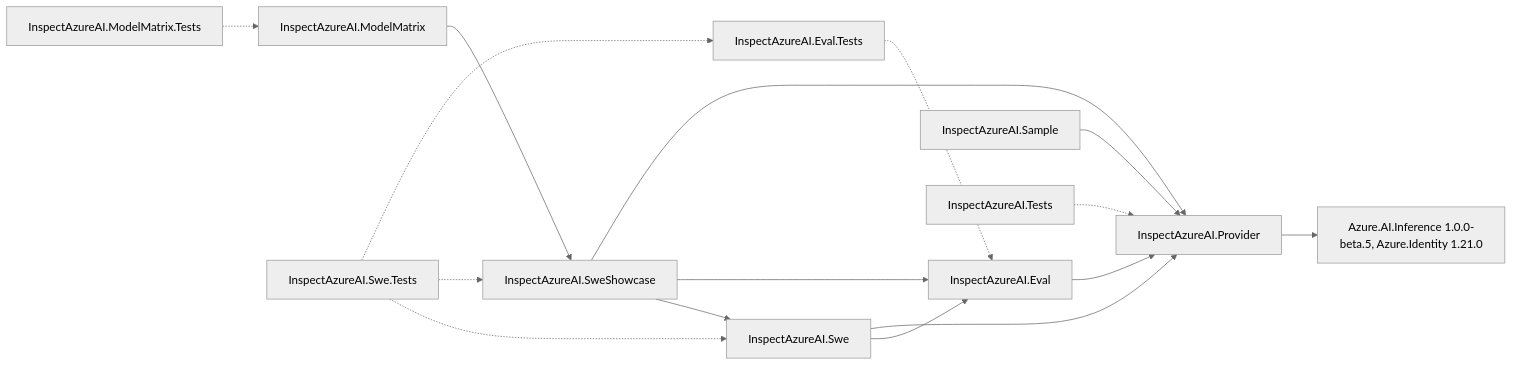
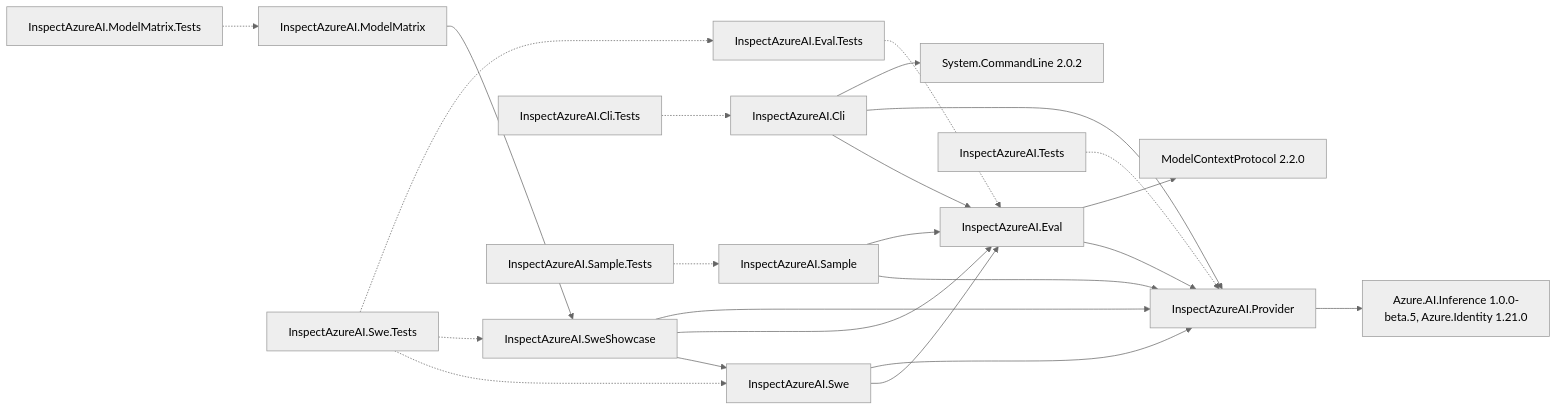
Before and after one commit to kevinondanet/foundry-providers: the second of 25 diagrams in docs/ARCHITECTURE.md, drawn with Mermaid (neutral theme). The commit also changed other lines of this file and 2 other files, not shown here.

First line of the commit message:
docs: consolidate inspect_ai port documentation

````diff
--- a/docs/ARCHITECTURE.md
+++ b/docs/ARCHITECTURE.md
@@ -70,29 +79,41 @@
 ```mermaid
 flowchart LR
     PROV["InspectAzureAI.Provider"]
     EVAL["InspectAzureAI.Eval"]
     SWE["InspectAzureAI.Swe"]
+    ICLI["InspectAzureAI.Cli"]
     SHOW["InspectAzureAI.SweShowcase"]
     MATRIX["InspectAzureAI.ModelMatrix"]
     SAMPLE["InspectAzureAI.Sample"]
     NUGET["Azure.AI.Inference 1.0.0-beta.5, Azure.Identity 1.21.0"]
+    NUGET2["ModelContextProtocol 2.2.0"]
+    NUGET3["System.CommandLine 2.0.2"]
     T1["InspectAzureAI.Tests"]
     T2["InspectAzureAI.Eval.Tests"]
     T3["InspectAzureAI.Swe.Tests"]
     T4["InspectAzureAI.ModelMatrix.Tests"]
+    T5["InspectAzureAI.Cli.Tests"]
+    T6["InspectAzureAI.Sample.Tests"]
     EVAL --> PROV
     SWE --> EVAL
     SWE --> PROV
+    ICLI --> EVAL
+    ICLI --> PROV
     SHOW --> SWE
     SHOW --> EVAL
     SHOW --> PROV
     MATRIX --> SHOW
     SAMPLE --> PROV
+    SAMPLE --> EVAL
     PROV --> NUGET
+    EVAL --> NUGET2
+    ICLI --> NUGET3
     T1 -.-> PROV
     T2 -.-> EVAL
     T3 -.-> SWE
     T3 -.-> SHOW
     T3 -.-> T2
     T4 -.-> MATRIX
+    T5 -.-> ICLI
+    T6 -.-> SAMPLE
 ```
````
